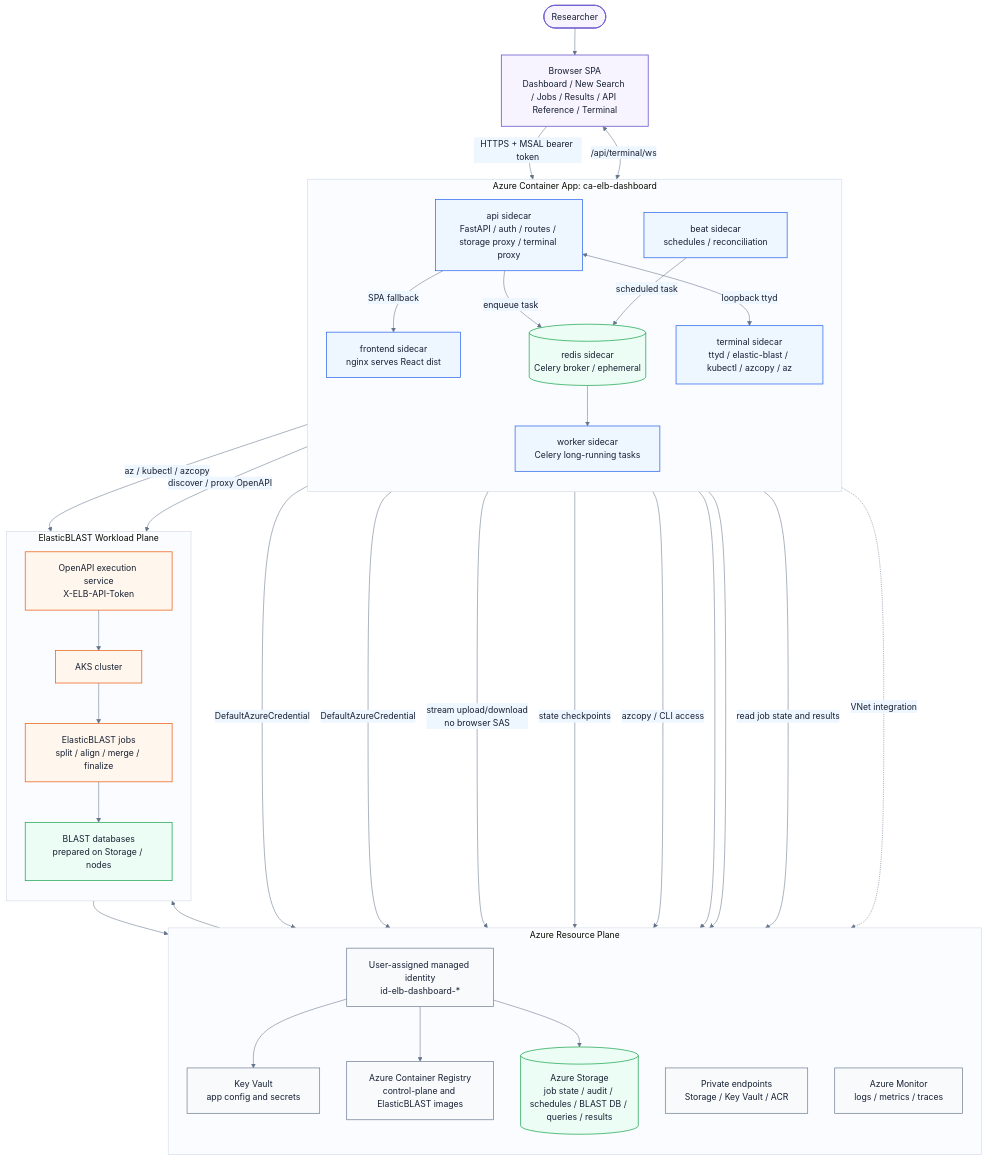
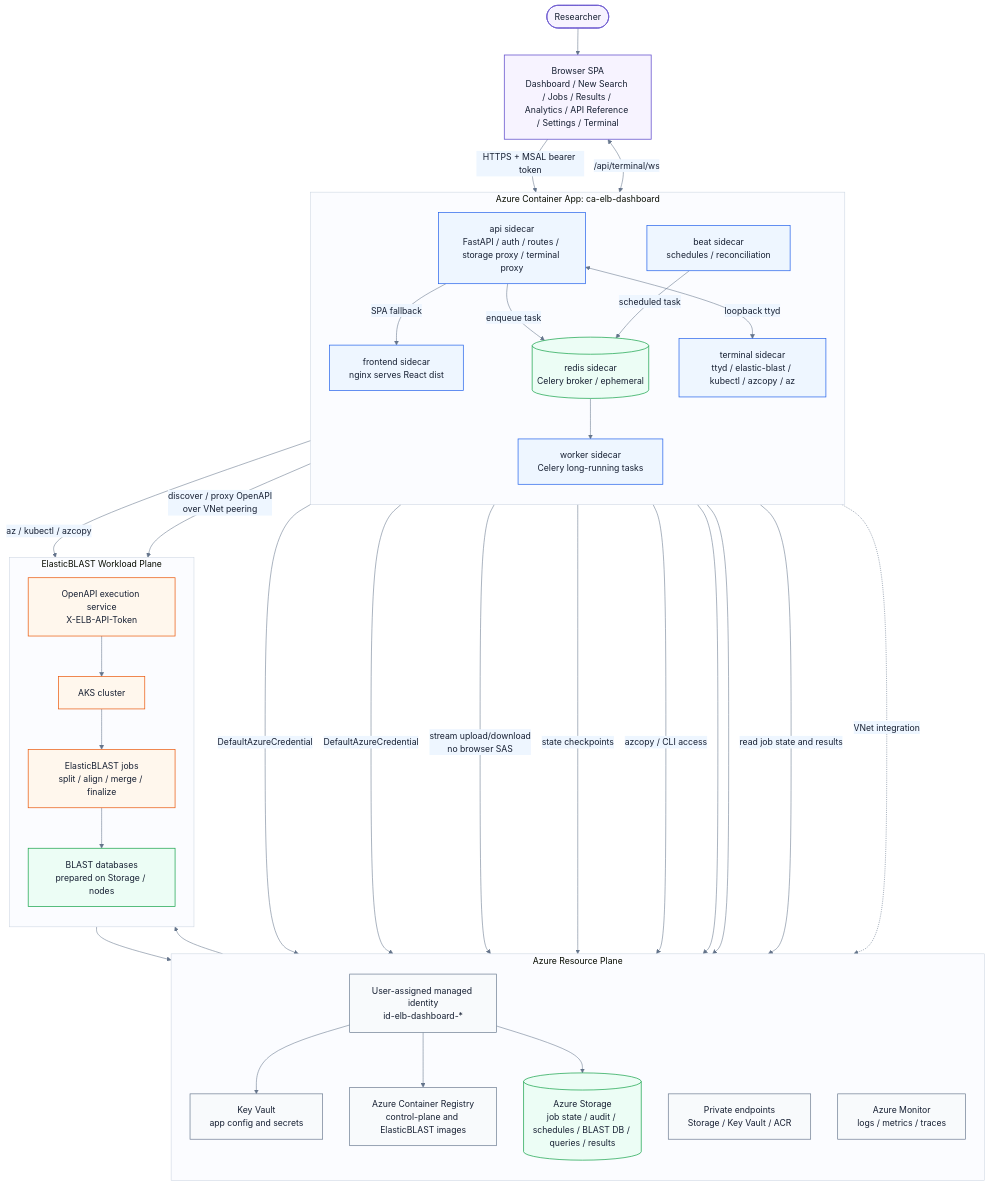
One commit to dotnetpower/elb-dashboard changed the diagram in docs/architecture/high-level.md. Above: the diagram before and after it, drawn with Mermaid. The commit also changed other lines of this file and 45 other files, not shown here.

````diff
--- a/docs/architecture/high-level.md
+++ b/docs/architecture/high-level.md
@@ -29,74 +29,74 @@
 ```mermaid
 %%{init: {"theme": "base", "themeVariables": {"background": "#ffffff", "primaryColor": "#f5f7fb", "primaryBorderColor": "#6d5bd0", "primaryTextColor": "#172033", "lineColor": "#64748b", "secondaryColor": "#eef6ff", "tertiaryColor": "#f7f3ff", "clusterBkg": "#fbfcff", "clusterBorder": "#cbd5e1", "fontFamily": "Inter, ui-sans-serif, system-ui, sans-serif"}, "flowchart": {"curve": "basis", "padding": 18}}}%%
 flowchart TB
-  researcher([Researcher]) --> browser["Browser SPA<br/>Dashboard / New Search / Jobs / Results / API Reference / Terminal"]
+  researcher([Researcher]) --> browser["Browser SPA<br/>Dashboard / New Search / Jobs / Results / Analytics / API Reference / Settings / Terminal"]
 
   subgraph app["Azure Container App: ca-elb-dashboard"]
     direction TB
     frontend["frontend sidecar<br/>nginx serves React dist"]
     api["api sidecar<br/>FastAPI / auth / routes / storage proxy / terminal proxy"]
     worker["worker sidecar<br/>Celery long-running tasks"]
     beat["beat sidecar<br/>schedules / reconciliation"]
     redis[("redis sidecar<br/>Celery broker / ephemeral")]
     terminal["terminal sidecar<br/>ttyd / elastic-blast / kubectl / azcopy / az"]
   end
 
   subgraph azure["Azure Resource Plane"]
     direction TB
     mi["User-assigned managed identity<br/>id-elb-dashboard-*"]
     kv["Key Vault<br/>app config and secrets"]
     acr["Azure Container Registry<br/>control-plane and ElasticBLAST images"]
     storage[("Azure Storage<br/>job state / audit / schedules / BLAST DB / queries / results")]
     pe["Private endpoints<br/>Storage / Key Vault / ACR"]
     monitor["Azure Monitor<br/>logs / metrics / traces"]
   end
 
   subgraph workload["ElasticBLAST Workload Plane"]
     direction TB
     aks["AKS cluster"]
     openapi["OpenAPI execution service<br/>X-ELB-API-Token"]
     blast["ElasticBLAST jobs<br/>split / align / merge / finalize"]
     db["BLAST databases<br/>prepared on Storage / nodes"]
   end
 
   browser -->|HTTPS + MSAL bearer token| api
   api -->|SPA fallback| frontend
   api -->|enqueue task| redis
   beat -->|scheduled task| redis
   redis --> worker
   browser <-->|/api/terminal/ws| api
   api <-->|loopback ttyd| terminal
 
   api -->|DefaultAzureCredential| mi
   worker -->|DefaultAzureCredential| mi
   mi --> kv
   mi --> acr
   mi --> storage
   mi --> aks
   api -->|stream upload/download<br/>no browser SAS| storage
   worker -->|state checkpoints| storage
   terminal -->|az / kubectl / azcopy| aks
   terminal -->|azcopy / CLI access| storage
   api --> monitor
   worker --> monitor
   app -. VNet integration .-> pe
 
-  api -->|discover / proxy OpenAPI| openapi
+  api -->|discover / proxy OpenAPI<br/>over VNet peering| openapi
   openapi --> aks
   aks --> blast
   blast --> db
   blast --> storage
   api -->|read job state and results| storage
 
   classDef actor fill:#f7f3ff,stroke:#6d5bd0,color:#172033,stroke-width:1.5px;
   classDef app fill:#eef6ff,stroke:#2563eb,color:#172033,stroke-width:1.3px;
   classDef state fill:#ecfdf5,stroke:#16a34a,color:#172033,stroke-width:1.3px;
   classDef workload fill:#fff7ed,stroke:#ea580c,color:#172033,stroke-width:1.3px;
   classDef security fill:#f8fafc,stroke:#64748b,color:#172033,stroke-width:1.2px;
 
   class researcher,browser actor;
   class frontend,api,worker,beat,terminal app;
   class redis,storage,db state;
   class aks,openapi,blast workload;
   class mi,kv,acr,pe,monitor security;
 ```
````
